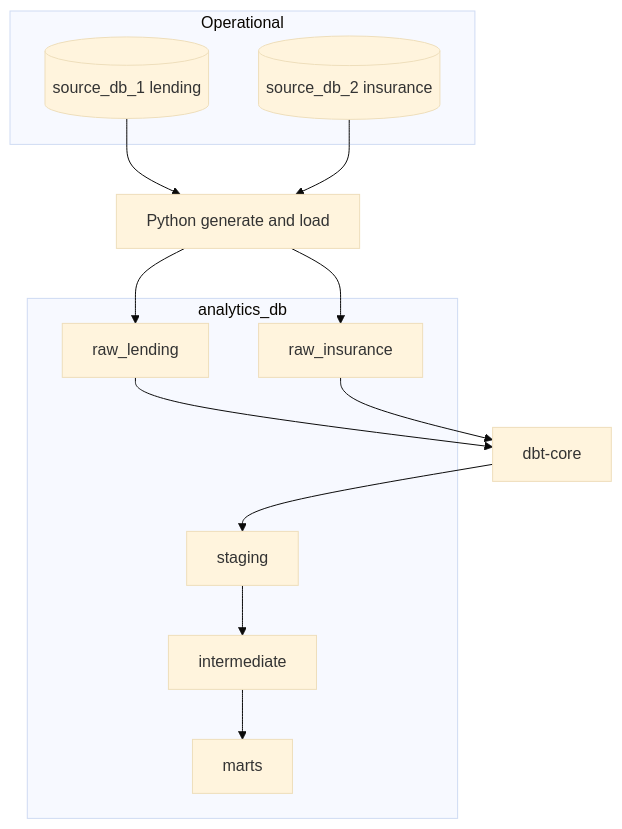
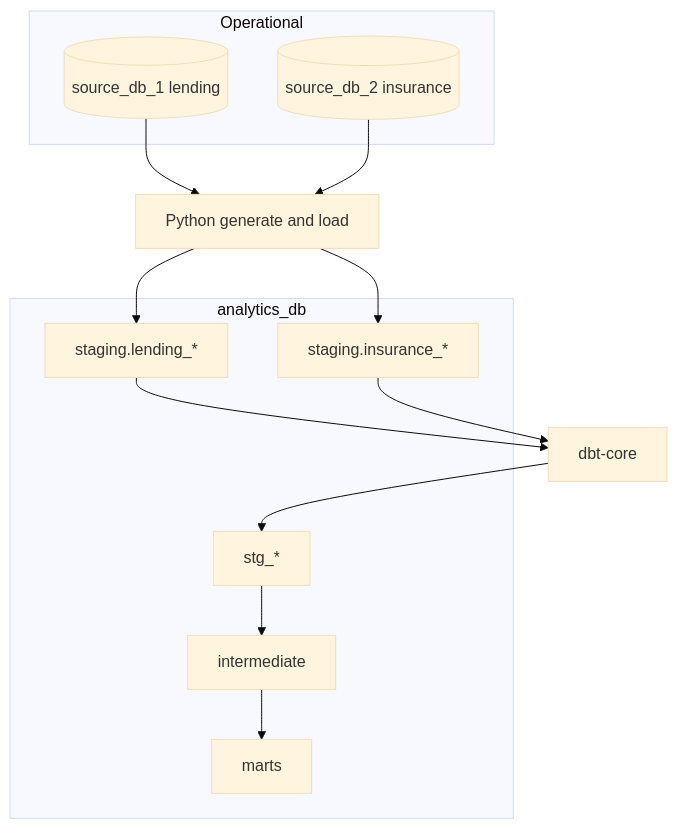
The diagram in README.md (minhsphuc12/mvp-data-product), drawn with Mermaid (base theme) before and after one commit. The commit also changed other lines of this file and 39 other files, not shown here.

````diff
--- a/README.md
+++ b/README.md
@@ -45,25 +45,25 @@
 ```mermaid
 flowchart TB
   subgraph ops [Operational]
     S1[(source_db_1 lending)]
     S2[(source_db_2 insurance)]
   end
   subgraph wh [analytics_db]
-    R1[raw_lending]
-    R2[raw_insurance]
-    STG[staging]
+    LND[staging.lending_*]
+    INS[staging.insurance_*]
+    STG[stg_*]
     INT[intermediate]
     MRT[marts]
   end
   Py[Python generate and load]
   DBT[dbt-core]
   S1 --> Py
   S2 --> Py
-  Py --> R1
-  Py --> R2
-  R1 --> DBT
-  R2 --> DBT
+  Py --> LND
+  Py --> INS
+  LND --> DBT
+  INS --> DBT
   DBT --> STG
   STG --> INT
   INT --> MRT
 ```
````
